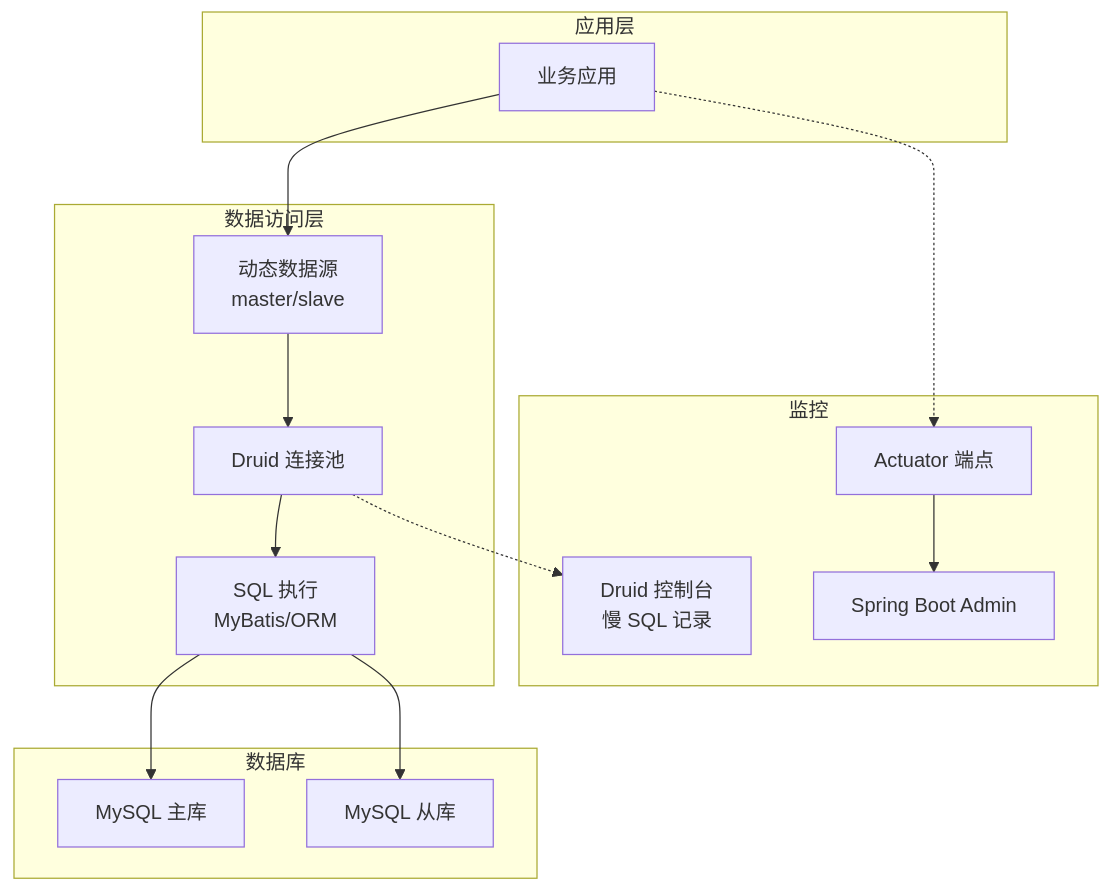
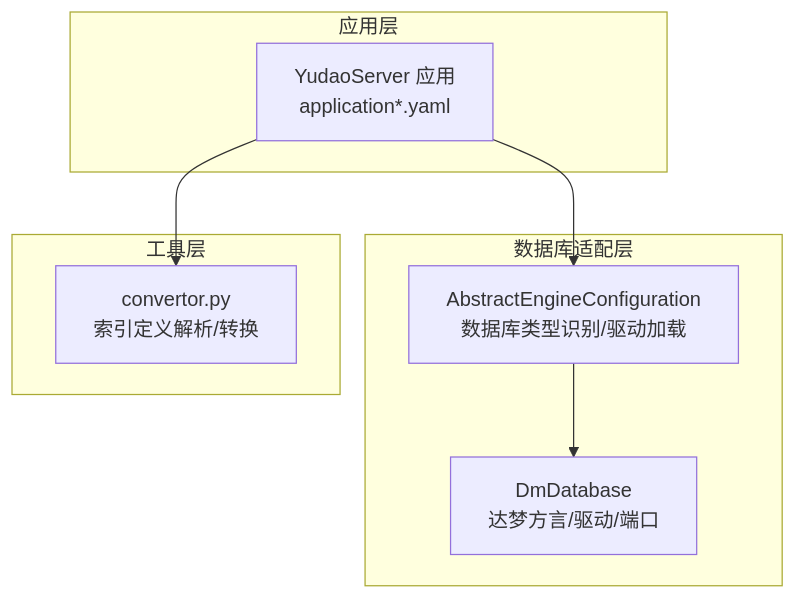
One commit to xiaoche80s-tech/rouyi-vue-pro changed the first of 6 diagrams in .qoder/repowiki/zh/content/故障排查/数据库问题排查.md. Above: the diagram before and after it, drawn with Mermaid. The commit also changed other lines of this file and 840 other files, not shown here.

````diff
--- a/.qoder/repowiki/zh/content/故障排查/数据库问题排查.md
+++ b/.qoder/repowiki/zh/content/故障排查/数据库问题排查.md
@@ -41,28 +35,16 @@
 ```mermaid
 graph TB
 subgraph "应用层"
-APP["业务应用"]
+APP["YudaoServer 应用<br/>application*.yaml"]
 end
-subgraph "数据访问层"
-DS["动态数据源<br/>master/slave"]
-CP["Druid 连接池"]
-SQL["SQL 执行<br/>MyBatis/ORM"]
+subgraph "数据库适配层"
+CFG["AbstractEngineConfiguration<br/>数据库类型识别/驱动加载"]
+DM["DmDatabase<br/>达梦方言/驱动/端口"]
 end
-subgraph "数据库"
-M["MySQL 主库"]
-S["MySQL 从库"]
+subgraph "工具层"
+TOOL["convertor.py<br/>索引定义解析/转换"]
 end
-subgraph "监控"
-DRUID["Druid 控制台<br/>慢 SQL 记录"]
-ACT["Actuator 端点"]
-SBA["Spring Boot Admin"]
-end
-APP --> DS
-DS --> CP
-CP --> SQL
-SQL --> M
-SQL --> S
-CP -.-> DRUID
-APP -.-> ACT
-ACT --> SBA
+APP --> CFG
+CFG --> DM
+APP --> TOOL
 ```
````
